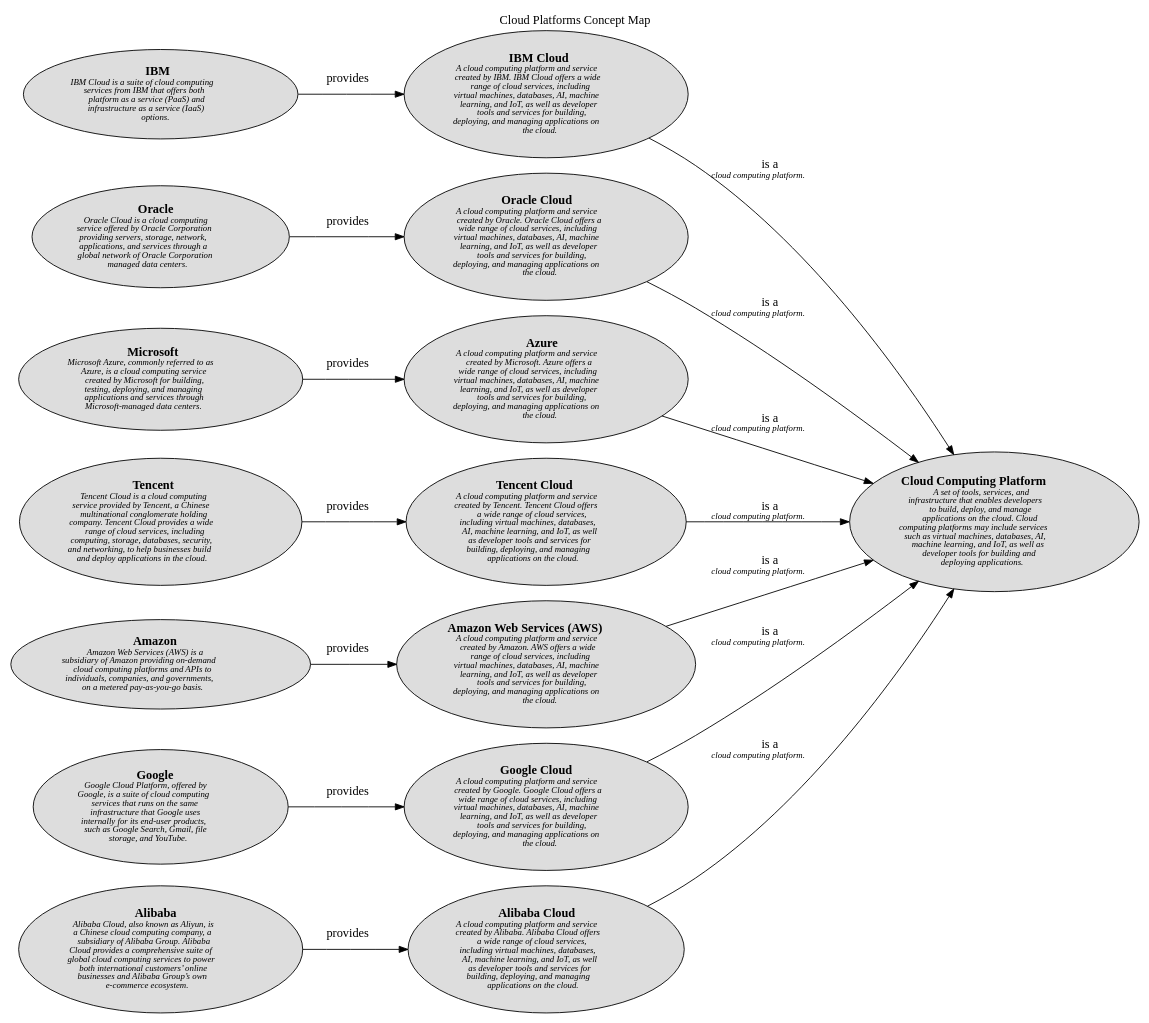
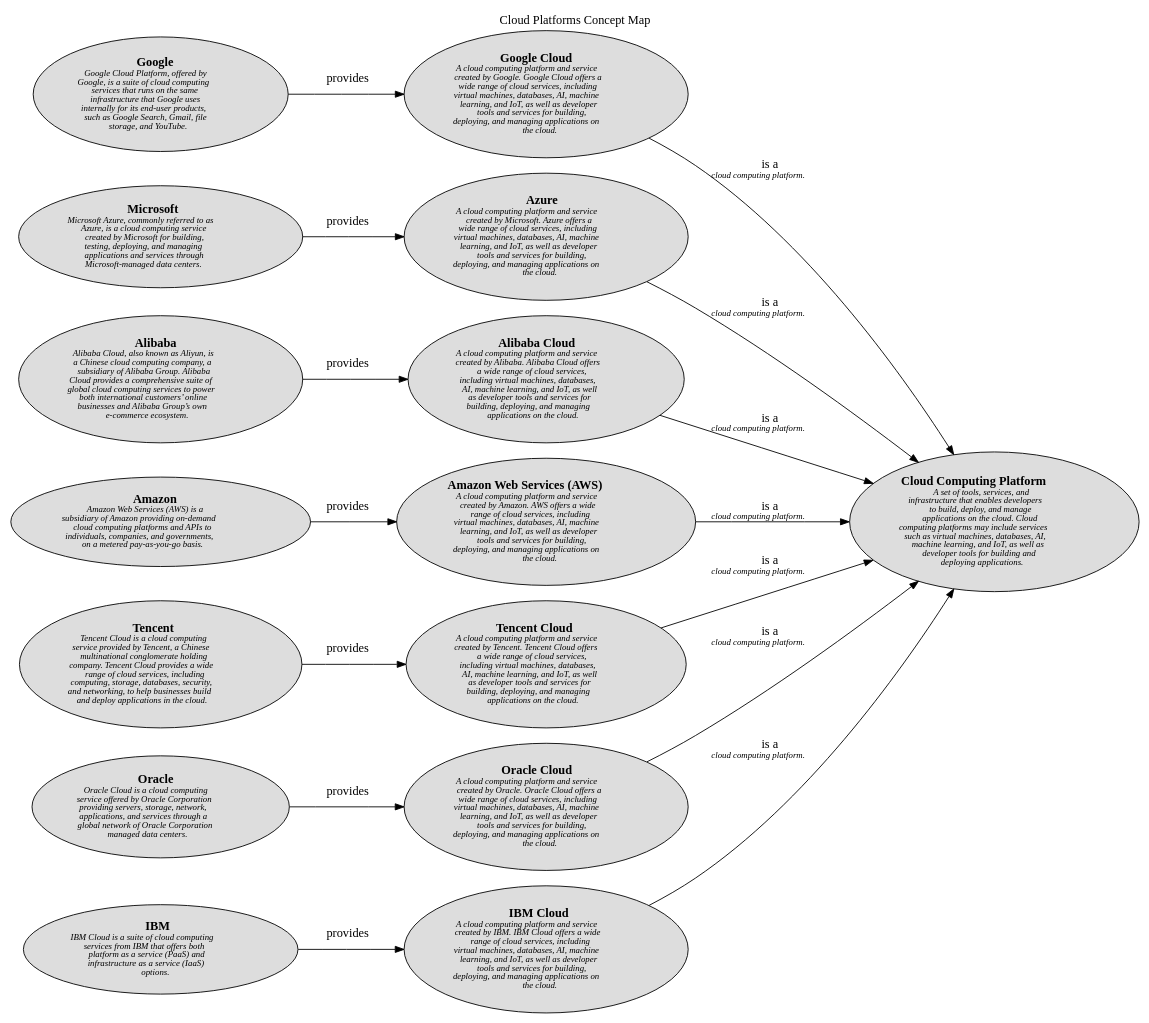
The diagram in docs/software-development/cloud/platform/concept-view.dot (lsolbach/overarch-models), drawn with Graphviz before and after one commit. The commit also changed other lines of this file and 191 other files, not shown here.

Commit message:
refactored cloud and architecture models

```diff
--- a/docs/software-development/cloud/platform/concept-view.dot
+++ b/docs/software-development/cloud/platform/concept-view.dot
@@ -1,40 +1,40 @@
 digraph "Cloud Platforms Concept Map" {
   labelloc= "t"
   label="Cloud Platforms Concept Map"
   rankdir="LR"
 
   layout=dot
+software_development_cloud_platform__ibm_cloud [shape=ellipse style=filled fillcolor="#dddddd" label=<<B>IBM Cloud</B><BR/><FONT POINT-SIZE="10"><I>A cloud computing platform and service<BR/>created by IBM. IBM Cloud offers a wide<BR/>range of cloud services, including<BR/>virtual machines, databases, AI, machine<BR/>learning, and IoT, as well as developer<BR/>tools and services for building,<BR/>deploying, and managing applications on<BR/>the cloud. </I></FONT>>]
 software_development_cloud_provider__ibm [shape=ellipse style=filled fillcolor="#dddddd" label=<<B>IBM</B><BR/><FONT POINT-SIZE="10"><I>IBM Cloud is a suite of cloud computing<BR/>services from IBM that offers both<BR/>platform as a service (PaaS) and<BR/>infrastructure as a service (IaaS)<BR/>options. </I></FONT>>]
 software_development_cloud_provider__tencent [shape=ellipse style=filled fillcolor="#dddddd" label=<<B>Tencent</B><BR/><FONT POINT-SIZE="10"><I>Tencent Cloud is a cloud computing<BR/>service provided by Tencent, a Chinese<BR/>multinational conglomerate holding<BR/>company. Tencent Cloud provides a wide<BR/>range of cloud services, including<BR/>computing, storage, databases, security,<BR/>and networking, to help businesses build<BR/>and deploy applications in the cloud. </I></FONT>>]
 software_development_cloud_provider__google [shape=ellipse style=filled fillcolor="#dddddd" label=<<B>Google</B><BR/><FONT POINT-SIZE="10"><I>Google Cloud Platform, offered by<BR/>Google, is a suite of cloud computing<BR/>services that runs on the same<BR/>infrastructure that Google uses<BR/>internally for its end-user products,<BR/>such as Google Search, Gmail, file<BR/>storage, and YouTube. </I></FONT>>]
-software_development_cloud_platform__oracle_cloud [shape=ellipse style=filled fillcolor="#dddddd" label=<<B>Oracle Cloud</B><BR/><FONT POINT-SIZE="10"><I>A cloud computing platform and service<BR/>created by Oracle. Oracle Cloud offers a<BR/>wide range of cloud services, including<BR/>virtual machines, databases, AI, machine<BR/>learning, and IoT, as well as developer<BR/>tools and services for building,<BR/>deploying, and managing applications on<BR/>the cloud. </I></FONT>>]
-software_development_cloud_platform__ibm_cloud [shape=ellipse style=filled fillcolor="#dddddd" label=<<B>IBM Cloud</B><BR/><FONT POINT-SIZE="10"><I>A cloud computing platform and service<BR/>created by IBM. IBM Cloud offers a wide<BR/>range of cloud services, including<BR/>virtual machines, databases, AI, machine<BR/>learning, and IoT, as well as developer<BR/>tools and services for building,<BR/>deploying, and managing applications on<BR/>the cloud. </I></FONT>>]
+software_development_cloud_platform__google_cloud [shape=ellipse style=filled fillcolor="#dddddd" label=<<B>Google Cloud</B><BR/><FONT POINT-SIZE="10"><I>A cloud computing platform and service<BR/>created by Google. Google Cloud offers a<BR/>wide range of cloud services, including<BR/>virtual machines, databases, AI, machine<BR/>learning, and IoT, as well as developer<BR/>tools and services for building,<BR/>deploying, and managing applications on<BR/>the cloud. </I></FONT>>]
+software_development_cloud_platform__azure [shape=ellipse style=filled fillcolor="#dddddd" label=<<B>Azure</B><BR/><FONT POINT-SIZE="10"><I>A cloud computing platform and service<BR/>created by Microsoft. Azure offers a<BR/>wide range of cloud services, including<BR/>virtual machines, databases, AI, machine<BR/>learning, and IoT, as well as developer<BR/>tools and services for building,<BR/>deploying, and managing applications on<BR/>the cloud. </I></FONT>>]
 software_development_cloud_provider__amazon [shape=ellipse style=filled fillcolor="#dddddd" label=<<B>Amazon</B><BR/><FONT POINT-SIZE="10"><I>Amazon Web Services (AWS) is a<BR/>subsidiary of Amazon providing on-demand<BR/>cloud computing platforms and APIs to<BR/>individuals, companies, and governments,<BR/>on a metered pay-as-you-go basis. </I></FONT>>]
 software_development_cloud__cloud_computing_platform [shape=ellipse style=filled fillcolor="#dddddd" label=<<B>Cloud Computing Platform</B><BR/><FONT POINT-SIZE="10"><I>A set of tools, services, and<BR/>infrastructure that enables developers<BR/>to build, deploy, and manage<BR/>applications on the cloud. Cloud<BR/>computing platforms may include services<BR/>such as virtual machines, databases, AI,<BR/>machine learning, and IoT, as well as<BR/>developer tools for building and<BR/>deploying applications. </I></FONT>>]
-software_development_cloud_platform__azure [shape=ellipse style=filled fillcolor="#dddddd" label=<<B>Azure</B><BR/><FONT POINT-SIZE="10"><I>A cloud computing platform and service<BR/>created by Microsoft. Azure offers a<BR/>wide range of cloud services, including<BR/>virtual machines, databases, AI, machine<BR/>learning, and IoT, as well as developer<BR/>tools and services for building,<BR/>deploying, and managing applications on<BR/>the cloud. </I></FONT>>]
 software_development_cloud_provider__oracle [shape=ellipse style=filled fillcolor="#dddddd" label=<<B>Oracle</B><BR/><FONT POINT-SIZE="10"><I>Oracle Cloud is a cloud computing<BR/>service offered by Oracle Corporation<BR/>providing servers, storage, network,<BR/>applications, and services through a<BR/>global network of Oracle Corporation<BR/>managed data centers. </I></FONT>>]
-software_development_cloud_platform__tencent_cloud [shape=ellipse style=filled fillcolor="#dddddd" label=<<B>Tencent Cloud</B><BR/><FONT POINT-SIZE="10"><I>A cloud computing platform and service<BR/>created by Tencent. Tencent Cloud offers<BR/>a wide range of cloud services,<BR/>including virtual machines, databases,<BR/>AI, machine learning, and IoT, as well<BR/>as developer tools and services for<BR/>building, deploying, and managing<BR/>applications on the cloud. </I></FONT>>]
 software_development_cloud_provider__microsoft [shape=ellipse style=filled fillcolor="#dddddd" label=<<B>Microsoft</B><BR/><FONT POINT-SIZE="10"><I>Microsoft Azure, commonly referred to as<BR/>Azure, is a cloud computing service<BR/>created by Microsoft for building,<BR/>testing, deploying, and managing<BR/>applications and services through<BR/>Microsoft-managed data centers. </I></FONT>>]
-software_development_cloud_platform__aws [shape=ellipse style=filled fillcolor="#dddddd" label=<<B>Amazon Web Services (AWS)</B><BR/><FONT POINT-SIZE="10"><I>A cloud computing platform and service<BR/>created by Amazon. AWS offers a wide<BR/>range of cloud services, including<BR/>virtual machines, databases, AI, machine<BR/>learning, and IoT, as well as developer<BR/>tools and services for building,<BR/>deploying, and managing applications on<BR/>the cloud. </I></FONT>>]
-software_development_cloud_platform__google_cloud [shape=ellipse style=filled fillcolor="#dddddd" label=<<B>Google Cloud</B><BR/><FONT POINT-SIZE="10"><I>A cloud computing platform and service<BR/>created by Google. Google Cloud offers a<BR/>wide range of cloud services, including<BR/>virtual machines, databases, AI, machine<BR/>learning, and IoT, as well as developer<BR/>tools and services for building,<BR/>deploying, and managing applications on<BR/>the cloud. </I></FONT>>]
 software_development_cloud_provider__alibaba [shape=ellipse style=filled fillcolor="#dddddd" label=<<B>Alibaba</B><BR/><FONT POINT-SIZE="10"><I>Alibaba Cloud, also known as Aliyun, is<BR/>a Chinese cloud computing company, a<BR/>subsidiary of Alibaba Group. Alibaba<BR/>Cloud provides a comprehensive suite of<BR/>global cloud computing services to power<BR/>both international customers’ online<BR/>businesses and Alibaba Group’s own<BR/>e-commerce ecosystem. </I></FONT>>]
 software_development_cloud_platform__alibaba_cloud [shape=ellipse style=filled fillcolor="#dddddd" label=<<B>Alibaba Cloud</B><BR/><FONT POINT-SIZE="10"><I>A cloud computing platform and service<BR/>created by Alibaba. Alibaba Cloud offers<BR/>a wide range of cloud services,<BR/>including virtual machines, databases,<BR/>AI, machine learning, and IoT, as well<BR/>as developer tools and services for<BR/>building, deploying, and managing<BR/>applications on the cloud. </I></FONT>>]
+software_development_cloud_platform__aws [shape=ellipse style=filled fillcolor="#dddddd" label=<<B>Amazon Web Services (AWS)</B><BR/><FONT POINT-SIZE="10"><I>A cloud computing platform and service<BR/>created by Amazon. AWS offers a wide<BR/>range of cloud services, including<BR/>virtual machines, databases, AI, machine<BR/>learning, and IoT, as well as developer<BR/>tools and services for building,<BR/>deploying, and managing applications on<BR/>the cloud. </I></FONT>>]
+software_development_cloud_platform__tencent_cloud [shape=ellipse style=filled fillcolor="#dddddd" label=<<B>Tencent Cloud</B><BR/><FONT POINT-SIZE="10"><I>A cloud computing platform and service<BR/>created by Tencent. Tencent Cloud offers<BR/>a wide range of cloud services,<BR/>including virtual machines, databases,<BR/>AI, machine learning, and IoT, as well<BR/>as developer tools and services for<BR/>building, deploying, and managing<BR/>applications on the cloud. </I></FONT>>]
+software_development_cloud_platform__oracle_cloud [shape=ellipse style=filled fillcolor="#dddddd" label=<<B>Oracle Cloud</B><BR/><FONT POINT-SIZE="10"><I>A cloud computing platform and service<BR/>created by Oracle. Oracle Cloud offers a<BR/>wide range of cloud services, including<BR/>virtual machines, databases, AI, machine<BR/>learning, and IoT, as well as developer<BR/>tools and services for building,<BR/>deploying, and managing applications on<BR/>the cloud. </I></FONT>>]
  
 software_development_cloud_platform__ibm_cloud -> software_development_cloud__cloud_computing_platform [label=<is a<BR/><FONT POINT-SIZE="10"><I>cloud computing platform. </I></FONT>>]
 software_development_cloud_platform__alibaba_cloud -> software_development_cloud__cloud_computing_platform [label=<is a<BR/><FONT POINT-SIZE="10"><I>cloud computing platform. </I></FONT>>]
 software_development_cloud_provider__alibaba -> software_development_cloud_platform__alibaba_cloud [label=<provides<BR/><FONT POINT-SIZE="10"><I> </I></FONT>>]
 software_development_cloud_platform__oracle_cloud -> software_development_cloud__cloud_computing_platform [label=<is a<BR/><FONT POINT-SIZE="10"><I>cloud computing platform. </I></FONT>>]
 software_development_cloud_provider__ibm -> software_development_cloud_platform__ibm_cloud [label=<provides<BR/><FONT POINT-SIZE="10"><I> </I></FONT>>]
 software_development_cloud_provider__oracle -> software_development_cloud_platform__oracle_cloud [label=<provides<BR/><FONT POINT-SIZE="10"><I> </I></FONT>>]
 software_development_cloud_platform__google_cloud -> software_development_cloud__cloud_computing_platform [label=<is a<BR/><FONT POINT-SIZE="10"><I>cloud computing platform. </I></FONT>>]
 software_development_cloud_provider__amazon -> software_development_cloud_platform__aws [label=<provides<BR/><FONT POINT-SIZE="10"><I> </I></FONT>>]
 software_development_cloud_platform__azure -> software_development_cloud__cloud_computing_platform [label=<is a<BR/><FONT POINT-SIZE="10"><I>cloud computing platform. </I></FONT>>]
 software_development_cloud_platform__tencent_cloud -> software_development_cloud__cloud_computing_platform [label=<is a<BR/><FONT POINT-SIZE="10"><I>cloud computing platform. </I></FONT>>]
 software_development_cloud_provider__microsoft -> software_development_cloud_platform__azure [label=<provides<BR/><FONT POINT-SIZE="10"><I> </I></FONT>>]
 software_development_cloud_provider__tencent -> software_development_cloud_platform__tencent_cloud [label=<provides<BR/><FONT POINT-SIZE="10"><I> </I></FONT>>]
 software_development_cloud_platform__aws -> software_development_cloud__cloud_computing_platform [label=<is a<BR/><FONT POINT-SIZE="10"><I>cloud computing platform. </I></FONT>>]
 software_development_cloud_provider__google -> software_development_cloud_platform__google_cloud [label=<provides<BR/><FONT POINT-SIZE="10"><I> </I></FONT>>]
  
 }
 
 // (generated by Overarch with template views/view.dot.cmb)
```
